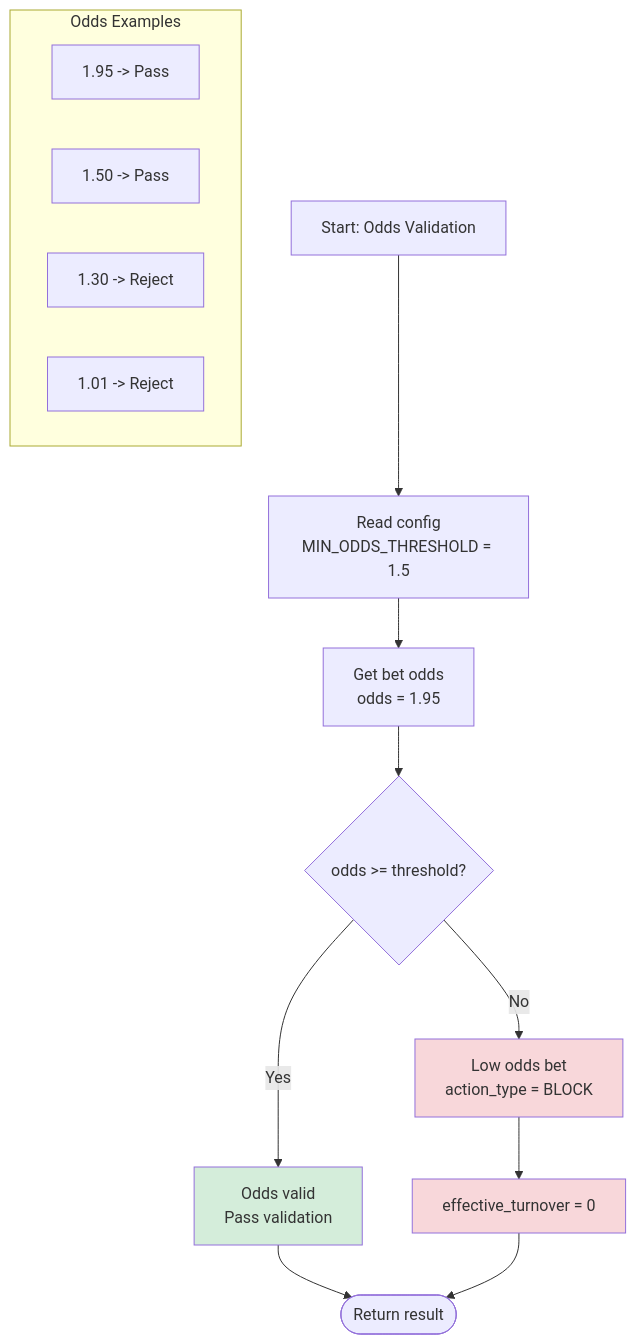
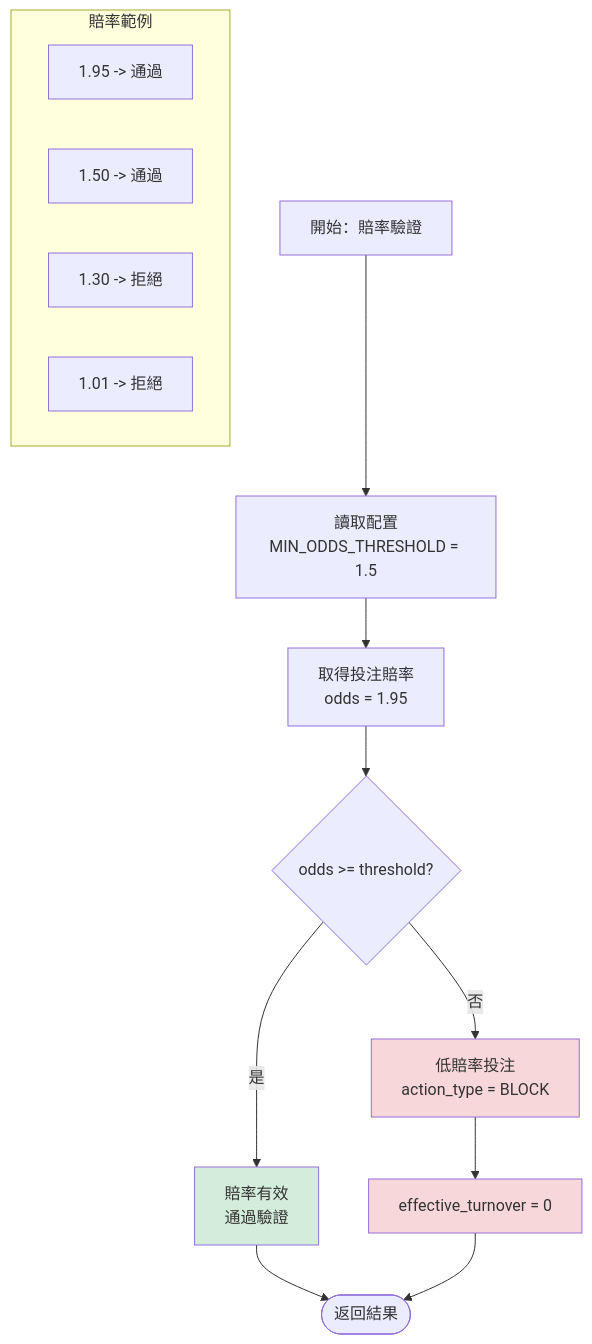
The third of 7 diagrams in docs/iGaming/architecture/03_Game_Integration/Turnover_Calculation_Logic.md (ron03wlb/smart-admin), drawn with Mermaid before and after one commit. The commit also changed other lines of this file and 4 other files, not shown here.

````diff
--- a/docs/iGaming/architecture/03_Game_Integration/Turnover_Calculation_Logic.md
+++ b/docs/iGaming/architecture/03_Game_Integration/Turnover_Calculation_Logic.md
@@ -162,33 +162,33 @@
 ```mermaid
 flowchart TD
-    A[Start: Odds Validation]
-    B["Read config<br/>MIN_ODDS_THRESHOLD = 1.5"]
-    C["Get bet odds<br/>odds = 1.95"]
+    A[開始：賠率驗證]
+    B["讀取配置<br/>MIN_ODDS_THRESHOLD = 1.5"]
+    C["取得投注賠率<br/>odds = 1.95"]
     D{odds >= threshold?}
-    E["Odds valid<br/>Pass validation"]
-    F["Low odds bet<br/>action_type = BLOCK"]
+    E["賠率有效<br/>通過驗證"]
+    F["低賠率投注<br/>action_type = BLOCK"]
     G[effective_turnover = 0]
 
-    subgraph Examples["Odds Examples"]
-        EX1[1.95 -> Pass]
-        EX2[1.50 -> Pass]
-        EX3[1.30 -> Reject]
-        EX4[1.01 -> Reject]
+    subgraph Examples["賠率範例"]
+        EX1[1.95 -> 通過]
+        EX2[1.50 -> 通過]
+        EX3[1.30 -> 拒絕]
+        EX4[1.01 -> 拒絕]
     end
 
-    End([Return result])
+    End([返回結果])
 
     A --> B
     B --> C
     C --> D
-    D -->|Yes| E
-    D -->|No| F
+    D -->|是| E
+    D -->|否| F
 
     E --> End
     F --> G
     G --> End
 
     style E fill:#d4edda
     style F fill:#f8d7da
     style G fill:#f8d7da
 ```
````
